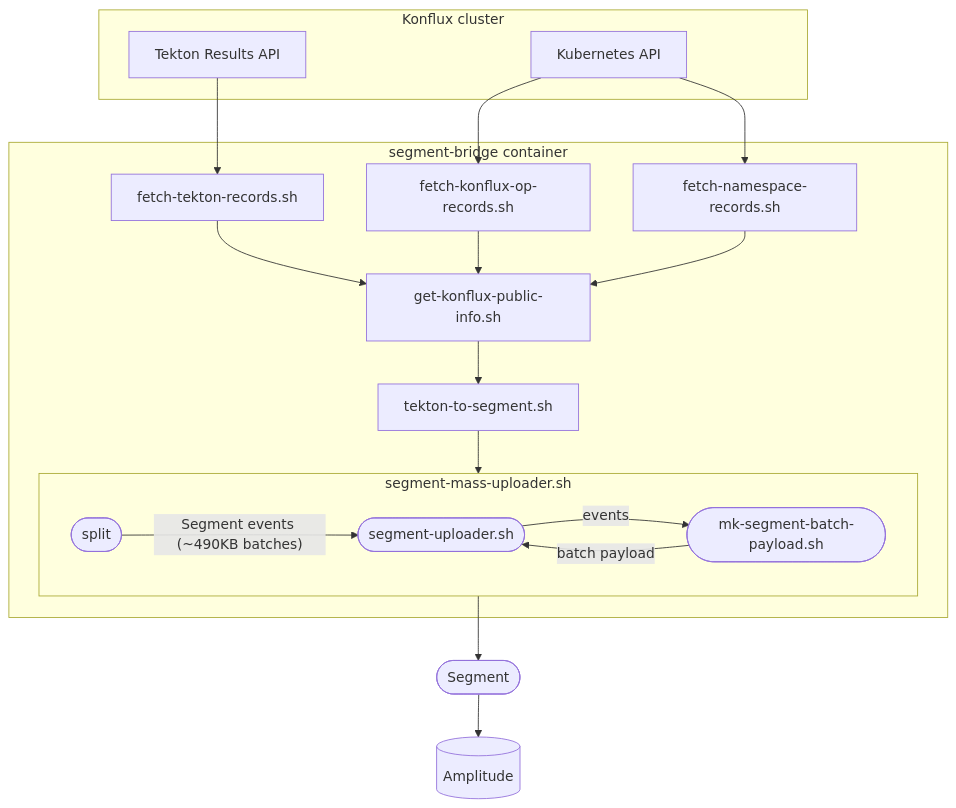
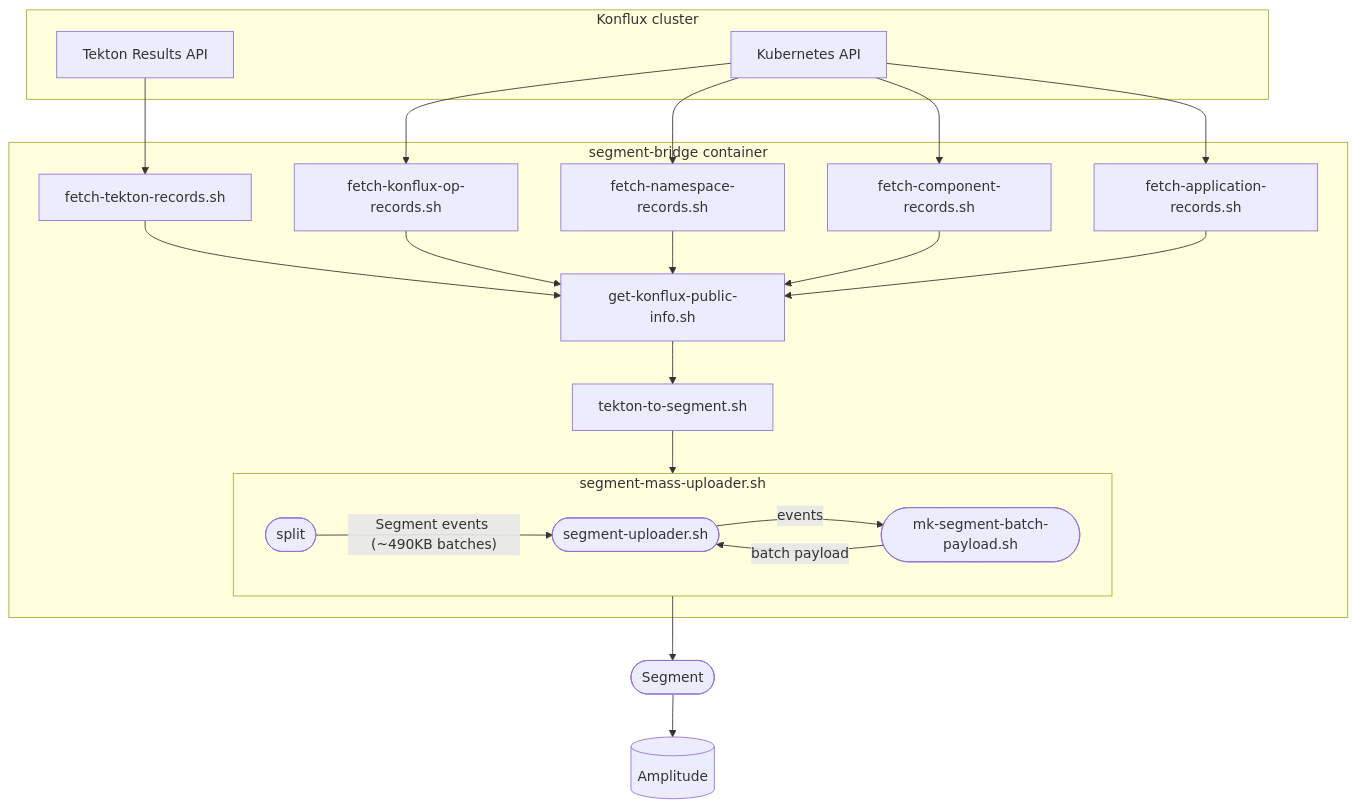
Before and after one commit to konflux-ci/segment-bridge: the diagram in README.md, drawn with Mermaid. The commit also changed other lines of this file and 15 other files, not shown here.

````diff
--- a/README.md
+++ b/README.md
@@ -6,35 +6,41 @@
 ```mermaid
 flowchart TB
     subgraph A["Konflux cluster"]
         A1["Tekton Results API"]
         A2["Kubernetes API"]
     end
 
     subgraph B["segment-bridge container"]
         B1["fetch-tekton-records.sh"]
         B1b["fetch-konflux-op-records.sh"]
         B1c["fetch-namespace-records.sh"]
+        B1d["fetch-component-records.sh"]
+        B1e["fetch-application-records.sh"]
         B2["get-konflux-public-info.sh"]
         B3["tekton-to-segment.sh"]
         subgraph B4["segment-mass-uploader.sh"]
             B4C([split])
             B4A([segment-uploader.sh])
             B4B([mk-segment-batch-payload.sh])
             B4C--"Segment events (~490KB batches)"-->B4A
             B4A--"events"-->B4B--"batch payload"-->B4A
         end
         B1 --> B2
         B1b --> B2
         B1c --> B2
+        B1d --> B2
+        B1e --> B2
         B2 --> B3
         B3 --> B4
     end
 
     A1 --> B1
     A2 --> B1b
     A2 --> B1c
+    A2 --> B1d
+    A2 --> B1e
 
     G([Segment])
     H[(Amplitude)]
     B4 --> G --> H
 ```
````
